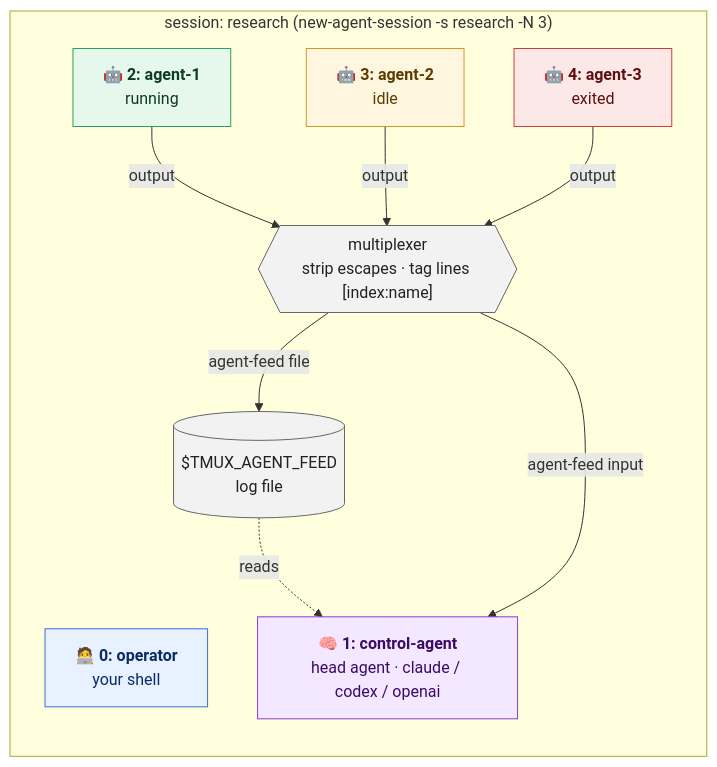
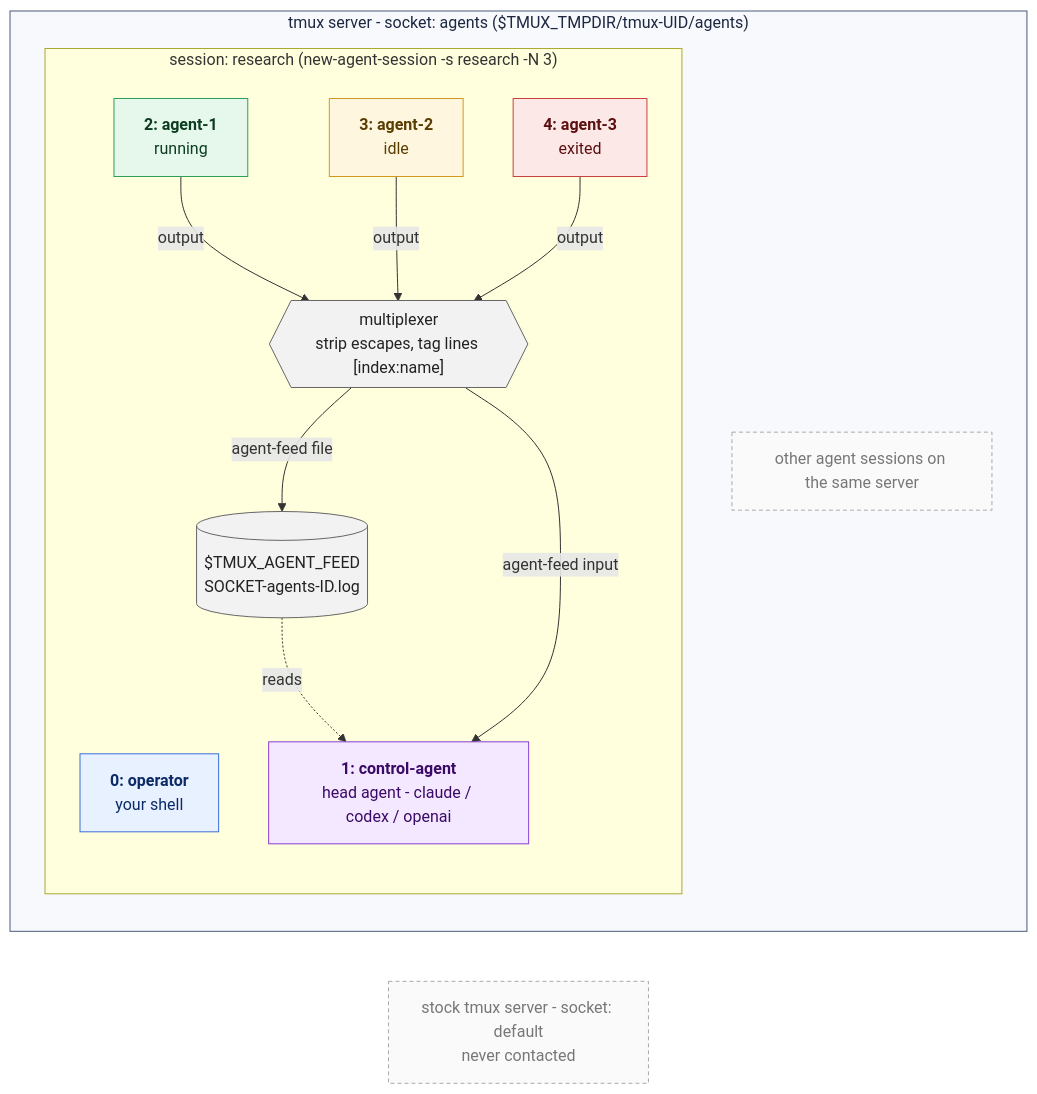
One commit to githubsands/tmux changed the diagram in README.md. Above: the diagram before and after it, drawn with Mermaid. The commit also changed other lines of this file, not shown here.

Commit message:
show the agents server in the README.md diagram
Wrap the session in its tmux server (socket agents), note the feed
file path and drop the emojis.

````diff
--- a/README.md
+++ b/README.md
@@ -8,33 +8,44 @@
 ```mermaid
 flowchart TB
-    subgraph S["session: research (new-agent-session -s research -N 3)"]
+    subgraph SRV["tmux server - socket: agents ($TMUX_TMPDIR/tmux-UID/agents)"]
         direction TB
-        OP["🧑‍💻 <b>0: operator</b><br/>your shell"]
-        CA["🧠 <b>1: control-agent</b><br/>head agent · claude / codex / openai"]
+        subgraph S["session: research (new-agent-session -s research -N 3)"]
+            direction TB
+            OP["<b>0: operator</b><br/>your shell"]
+            CA["<b>1: control-agent</b><br/>head agent - claude / codex / openai"]
 
-        MUX{{"multiplexer<br/>strip escapes · tag lines [index:name]"}}
-        FEED[("$TMUX_AGENT_FEED<br/>log file")]
+            MUX{{"multiplexer<br/>strip escapes, tag lines [index:name]"}}
+            FEED[("$TMUX_AGENT_FEED<br/>SOCKET-agents-ID.log")]
 
-        A1["🤖 <b>2: agent-1</b><br/>running"]
-        A2["🤖 <b>3: agent-2</b><br/>idle"]
-        A3["🤖 <b>4: agent-3</b><br/>exited"]
+            A1["<b>2: agent-1</b><br/>running"]
+            A2["<b>3: agent-2</b><br/>idle"]
+            A3["<b>4: agent-3</b><br/>exited"]
 
-        A1 & A2 & A3 -- output --> MUX
-        MUX -- "agent-feed file" --> FEED
-        FEED -. reads .-> CA
-        MUX -- "agent-feed input" --> CA
+            A1 & A2 & A3 -- output --> MUX
+            MUX -- "agent-feed file" --> FEED
+            FEED -. reads .-> CA
+            MUX -- "agent-feed input" --> CA
+        end
+        MORE["other agent sessions on the same server"]
     end
 
+    STOCK["stock tmux server - socket: default<br/>never contacted"]
+    SRV ~~~ STOCK
+
+    classDef srv fill:#f7f9fc,stroke:#4a5a78,color:#1c2740
     classDef op fill:#e8f1ff,stroke:#3b6fd8,color:#0b2a66
     classDef ctl fill:#f3e8ff,stroke:#8a3fd1,color:#3b0a66
     classDef run fill:#e6f7ec,stroke:#2f9e5a,color:#0d3d20
     classDef idle fill:#fff6e0,stroke:#d19a1f,color:#5a3d00
     classDef dead fill:#fde8e8,stroke:#c94040,color:#5c1010
     classDef mux fill:#f2f2f2,stroke:#666,color:#222
+    classDef faded fill:#fafafa,stroke:#aaa,color:#777,stroke-dasharray:4 3
+    class SRV srv
     class OP op
     class CA ctl
     class A1 run
     class A2 idle
     class A3 dead
     class MUX,FEED mux
+    class MORE,STOCK faded
 ```
````
